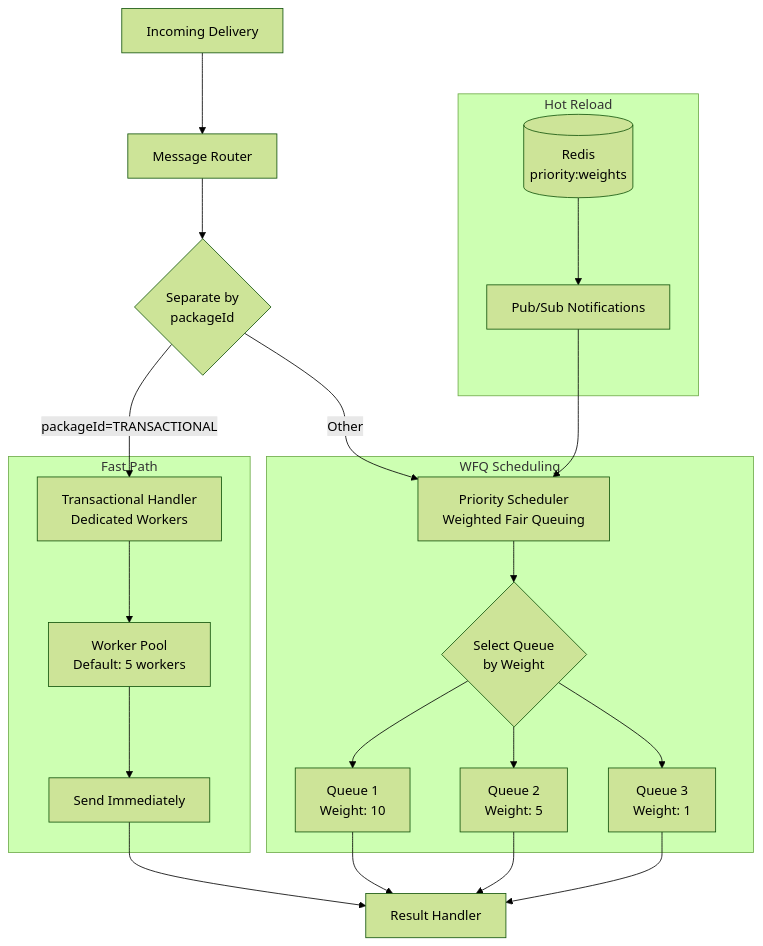
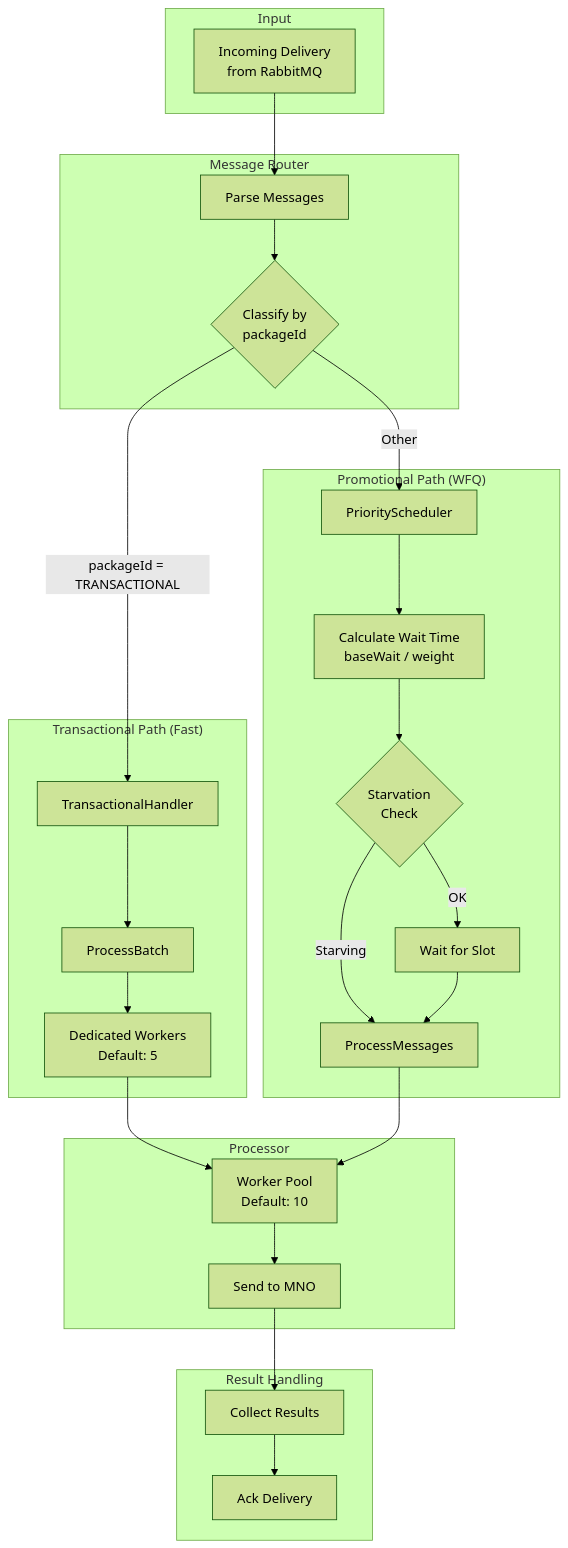
Before and after one commit to ElMonstro/sms-mno-gateway: the fifth of 18 diagrams in docs/architecture.md, drawn with Mermaid (forest theme). The commit also changed other lines of this file, not shown here.

Commit message:
Added Master Flow Diagram to arch docs

````diff
--- a/docs/architecture.md
+++ b/docs/architecture.md
@@ -271,33 +438,58 @@
 ```mermaid
-flowchart TD
-    START[Incoming Delivery] --> ROUTER[Message Router]
-
-    ROUTER --> SEPARATE{Separate by<br/>packageId}
-
-    SEPARATE -->|packageId=TRANSACTIONAL| TX_HANDLER[Transactional Handler<br/>Dedicated Workers]
-    SEPARATE -->|Other| SCHEDULER[Priority Scheduler<br/>Weighted Fair Queuing]
-
-    subgraph "Fast Path"
-        TX_HANDLER --> TX_WORKERS[Worker Pool<br/>Default: 5 workers]
-        TX_WORKERS --> TX_SEND[Send Immediately]
+flowchart TB
+    subgraph "Input"
+        DELIVERY[Incoming Delivery<br/>from RabbitMQ]
     end
 
-    subgraph "WFQ Scheduling"
-        SCHEDULER --> WFQ{Select Queue<br/>by Weight}
-        WFQ --> Q1[Queue 1<br/>Weight: 10]
-        WFQ --> Q2[Queue 2<br/>Weight: 5]
-        WFQ --> Q3[Queue 3<br/>Weight: 1]
+    subgraph "Message Router"
+        PARSE[Parse Messages]
+        CLASSIFY{Classify by<br/>packageId}
+
+        PARSE --> CLASSIFY
     end
 
-    TX_SEND --> RESULT[Result Handler]
-    Q1 --> RESULT
-    Q2 --> RESULT
-    Q3 --> RESULT
+    subgraph "Transactional Path (Fast)"
+        TX_HANDLER[TransactionalHandler]
+        TX_BATCH[ProcessBatch]
+        TX_POOL[Dedicated Workers<br/>Default: 5]
 
-    subgraph "Hot Reload"
-        REDIS[(Redis<br/>priority:weights)]
-        PUBSUB[Pub/Sub Notifications]
-        REDIS --> PUBSUB
-        PUBSUB --> SCHEDULER
+        TX_HANDLER --> TX_BATCH
+        TX_BATCH --> TX_POOL
     end
+
+    subgraph "Promotional Path (WFQ)"
+        SCHEDULER[PriorityScheduler]
+        WFQ_CALC[Calculate Wait Time<br/>baseWait / weight]
+        STARVE_CHECK{Starvation<br/>Check}
+        WAIT[Wait for Slot]
+        PROCESS[ProcessMessages]
+
+        SCHEDULER --> WFQ_CALC
+        WFQ_CALC --> STARVE_CHECK
+        STARVE_CHECK -->|Starving| PROCESS
+        STARVE_CHECK -->|OK| WAIT
+        WAIT --> PROCESS
+    end
+
+    subgraph "Processor"
+        WORKER_POOL[Worker Pool<br/>Default: 10]
+        MNO_SEND[Send to MNO]
+
+        WORKER_POOL --> MNO_SEND
+    end
+
+    subgraph "Result Handling"
+        RESULT[Collect Results]
+        ACK[Ack Delivery]
+    end
+
+    DELIVERY --> PARSE
+    CLASSIFY -->|packageId = TRANSACTIONAL| TX_HANDLER
+    CLASSIFY -->|Other| SCHEDULER
+
+    TX_POOL --> WORKER_POOL
+    PROCESS --> WORKER_POOL
+
+    MNO_SEND --> RESULT
+    RESULT --> ACK
 ```
````
